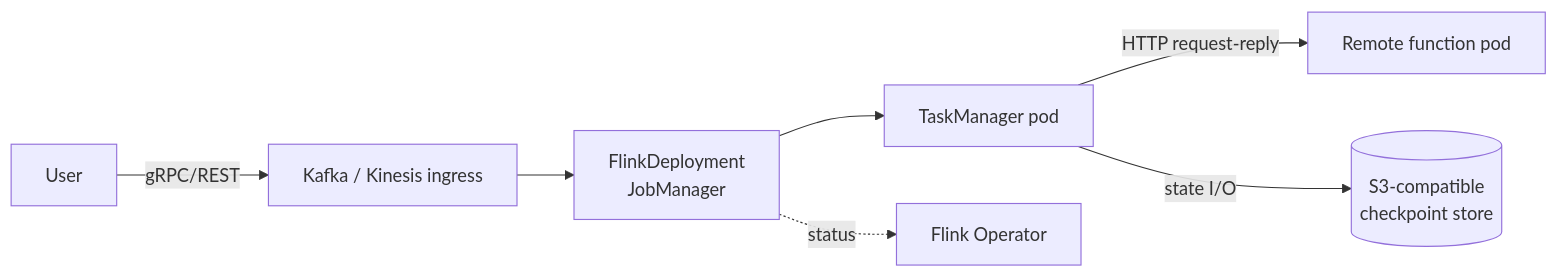
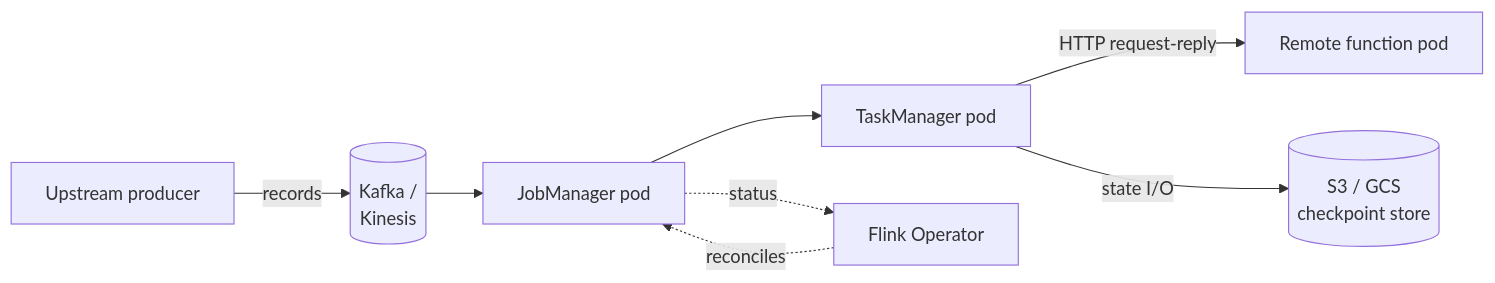
One commit to kzmlabs/flink-statefun changed the diagram in docs/guides/k8s-deployment.md. Above: the diagram before and after it, drawn with Mermaid. The commit also changed other lines of this file and 10 other files, not shown here.

````diff
--- a/docs/guides/k8s-deployment.md
+++ b/docs/guides/k8s-deployment.md
@@ -7,9 +12,10 @@
 ```mermaid
 flowchart LR
-    User[User] -->|gRPC/REST| Ingress[Kafka / Kinesis ingress]
-    Ingress --> JM[FlinkDeployment<br/>JobManager]
+    Producer[Upstream producer] -->|records| KafkaIn[(Kafka /<br/>Kinesis)]
+    KafkaIn --> JM[JobManager pod]
     JM --> TM[TaskManager pod]
     TM -->|HTTP request-reply| RF[Remote function pod]
-    TM -->|state I/O| S3[(S3-compatible<br/>checkpoint store)]
-    JM -.->|status| Op[Flink Operator]
+    TM -->|state I/O| S3[(S3 / GCS<br/>checkpoint store)]
+    Op[Flink Operator] -.->|reconciles| JM
+    JM -.->|status| Op
 ```
````
